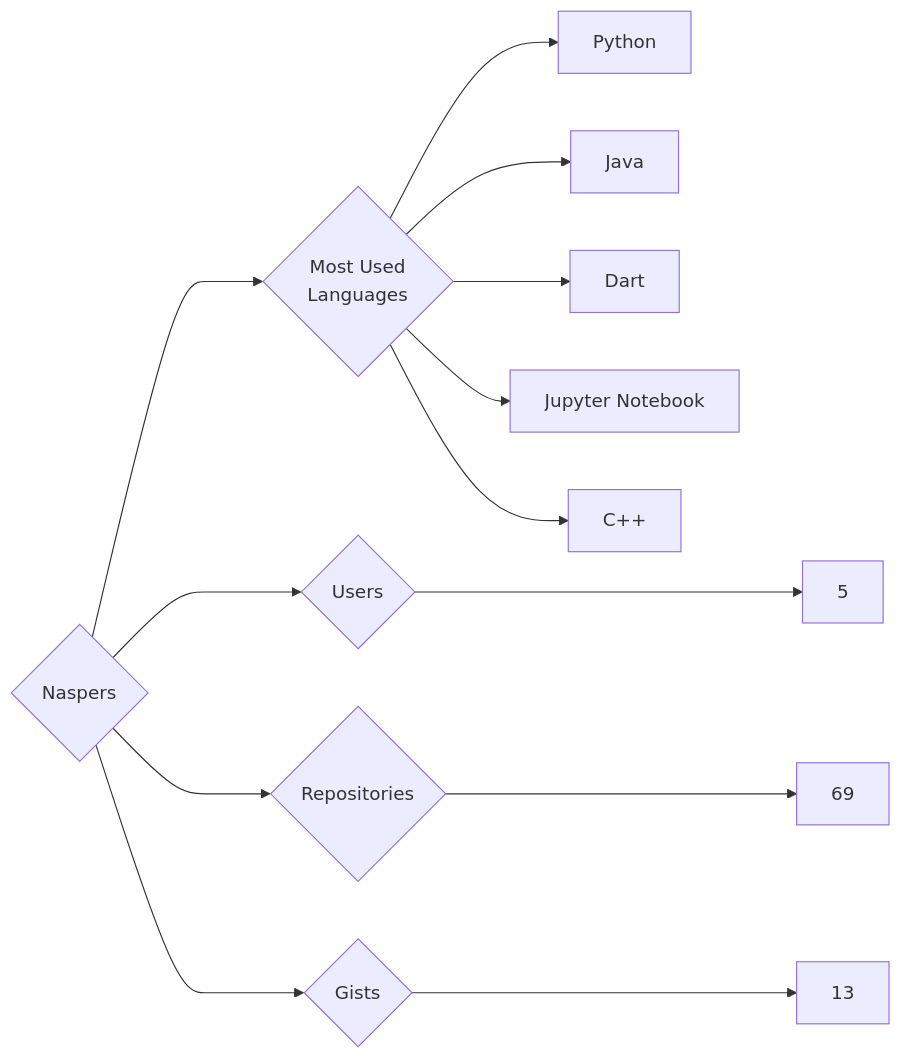
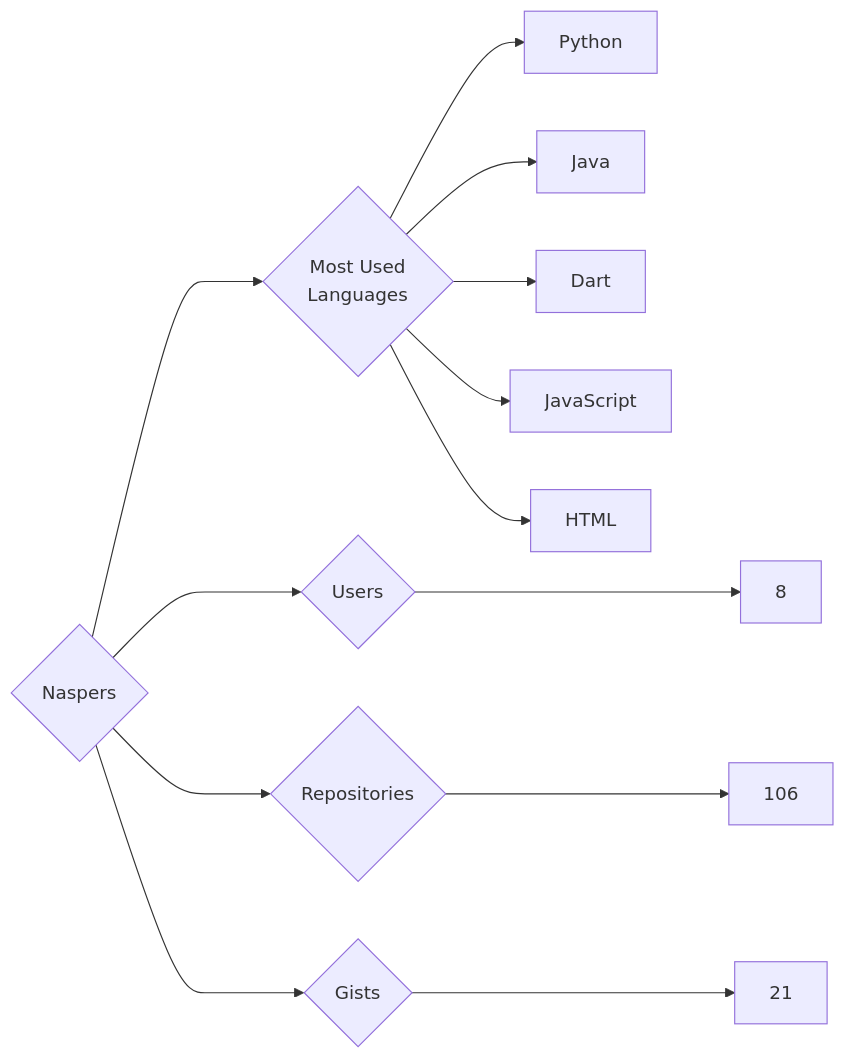
Before and after one commit to trickest/insiders: the diagram in targets/Naspers/README.md, drawn with Mermaid. The commit also changed 1479 other files, not shown here.

````diff
--- a/targets/Naspers/README.md
+++ b/targets/Naspers/README.md
@@ -3,13 +3,13 @@
 ```mermaid
 graph LR
 COMPANY_NAME{Naspers}
-COMPANY_NAME ---> U{Users} ---> UN[5]
-COMPANY_NAME ---> R{Repositories} ---> RN[69]
-COMPANY_NAME ---> G{Gists} ---> GN[13]
+COMPANY_NAME ---> U{Users} ---> UN[8]
+COMPANY_NAME ---> R{Repositories} ---> RN[106]
+COMPANY_NAME ---> G{Gists} ---> GN[21]
 COMPANY_NAME ---> ML{Most Used<br>Languages}
 ML --> Python[Python]
 ML --> Java[Java]
 ML --> Dart[Dart]
-ML --> Jupyter_Notebook[Jupyter Notebook]
-ML --> C++[C++]
+ML --> JavaScript[JavaScript]
+ML --> HTML[HTML]
 ```
````
